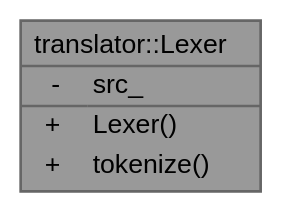
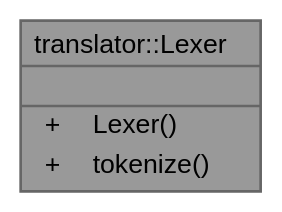
One commit to mustafayldrnn/cen207-2025-2026-5-Mustafa-Yildirimm-cpp changed the diagram in docs/doxygenlibwin/rtf/classtranslator_1_1_lexer__coll__graph.dot. Above: the diagram before and after it, drawn with Graphviz. The commit also changed 1511 other files, not shown here.

```diff
--- a/docs/doxygenlibwin/rtf/classtranslator_1_1_lexer__coll__graph.dot
+++ b/docs/doxygenlibwin/rtf/classtranslator_1_1_lexer__coll__graph.dot
@@ -1,16 +1,16 @@
 digraph "translator::Lexer"
 {
  // INTERACTIVE_SVG=YES
  // LATEX_PDF_SIZE
   bgcolor="transparent";
   edge [fontname=Helvetica,fontsize=10,labelfontname=Helvetica,labelfontsize=10];
   node [fontname=Helvetica,fontsize=10,shape=box,height=0.2,width=0.4];
   Node1 [id="Node000001",shape=plain,label=<<TABLE CELLBORDER="0" BORDER="1"><TR><TD COLSPAN="2" CELLPADDING="1" CELLSPACING="0">translator::Lexer</TD></TR>
 <HR/>
-<TR><TD VALIGN="top" CELLPADDING="1" CELLSPACING="0">-</TD><TD VALIGN="top" ALIGN="LEFT" CELLPADDING="1" CELLSPACING="0">src_<BR ALIGN="LEFT"/></TD></TR>
+<TR><TD COLSPAN="2" CELLPADDING="1" CELLSPACING="0">&nbsp;</TD></TR>
 <HR/>
 <TR><TD VALIGN="top" CELLPADDING="1" CELLSPACING="0">+</TD><TD VALIGN="top" ALIGN="LEFT" CELLPADDING="1" CELLSPACING="0">Lexer()<BR ALIGN="LEFT"/></TD></TR>
 <TR><TD VALIGN="top" CELLPADDING="1" CELLSPACING="0">+</TD><TD VALIGN="top" ALIGN="LEFT" CELLPADDING="1" CELLSPACING="0">tokenize()<BR ALIGN="LEFT"/></TD></TR>
 </TABLE>>
-,height=0.2,width=0.4,color="gray40", fillcolor="grey60", style="filled", fontcolor="black",tooltip=" "];
+,height=0.2,width=0.4,color="gray40", fillcolor="grey60", style="filled", fontcolor="black",tooltip="Kaynaktan belirteç (Token) üreten sınıf."];
 }
```
